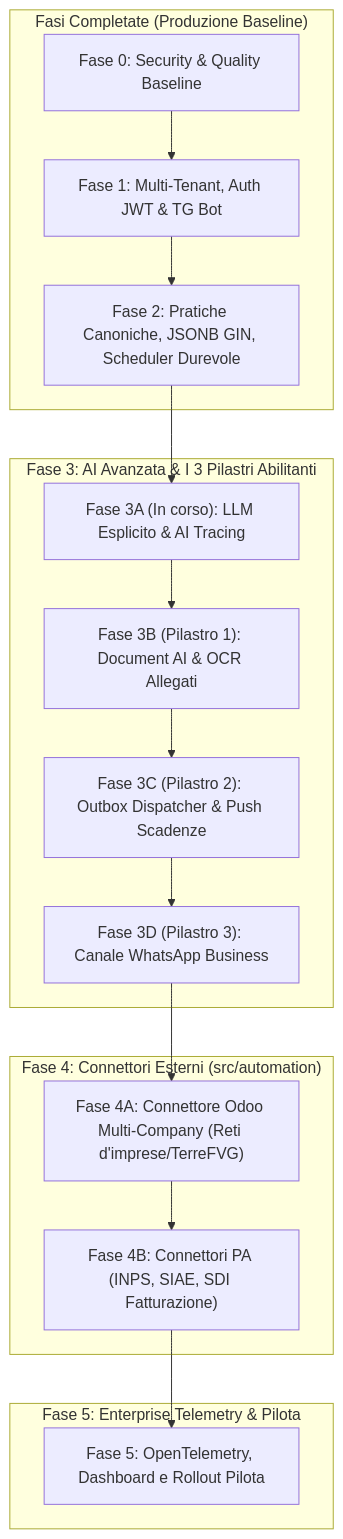
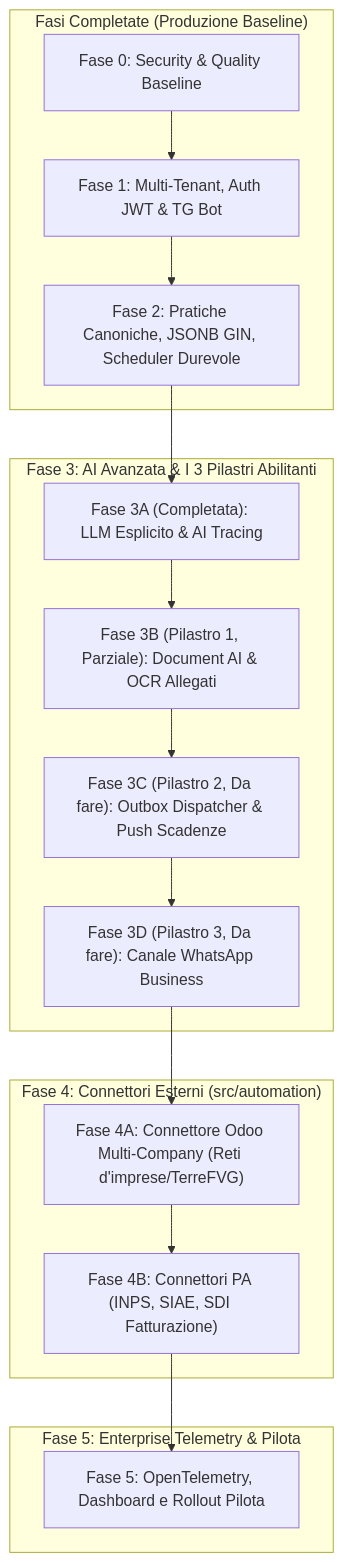
The diagram in docs/CRONOPROGRAMMA_EVOLUTIVO.md (Sinfoni4/SinfonIA), drawn with Mermaid before and after one commit. The commit also changed other lines of this file and 12 other files, not shown here.

````diff
--- a/docs/CRONOPROGRAMMA_EVOLUTIVO.md
+++ b/docs/CRONOPROGRAMMA_EVOLUTIVO.md
@@ -9,28 +9,28 @@
 ```mermaid
 flowchart TD
     subgraph COMPLETATO["Fasi Completate (Produzione Baseline)"]
         F0["Fase 0: Security & Quality Baseline"]
         F1["Fase 1: Multi-Tenant, Auth JWT & TG Bot"]
         F2["Fase 2: Pratiche Canoniche, JSONB GIN, Scheduler Durevole"]
         F0 --> F1 --> F2
     end
 
     subgraph ATTUALE["Fase 3: AI Avanzata & I 3 Pilastri Abilitanti"]
-        F3A["Fase 3A (In corso): LLM Esplicito & AI Tracing"]
-        F3B["Fase 3B (Pilastro 1): Document AI & OCR Allegati"]
-        F3C["Fase 3C (Pilastro 2): Outbox Dispatcher & Push Scadenze"]
-        F3D["Fase 3D (Pilastro 3): Canale WhatsApp Business"]
+        F3A["Fase 3A (Completata): LLM Esplicito & AI Tracing"]
+        F3B["Fase 3B (Pilastro 1, Parziale): Document AI & OCR Allegati"]
+        F3C["Fase 3C (Pilastro 2, Da fare): Outbox Dispatcher & Push Scadenze"]
+        F3D["Fase 3D (Pilastro 3, Da fare): Canale WhatsApp Business"]
         F2 --> F3A --> F3B --> F3C --> F3D
     end
 
     subgraph AUTOMAZIONE["Fase 4: Connettori Esterni (src/automation)"]
         F4A["Fase 4A: Connettore Odoo Multi-Company (Reti d'imprese/TerreFVG)"]
         F4B["Fase 4B: Connettori PA (INPS, SIAE, SDI Fatturazione)"]
         F3D --> F4A --> F4B
     end
 
     subgraph HARDENING["Fase 5: Enterprise Telemetry & Pilota"]
         F5["Fase 5: OpenTelemetry, Dashboard e Rollout Pilota"]
         F4B --> F5
     end
 ```
````
